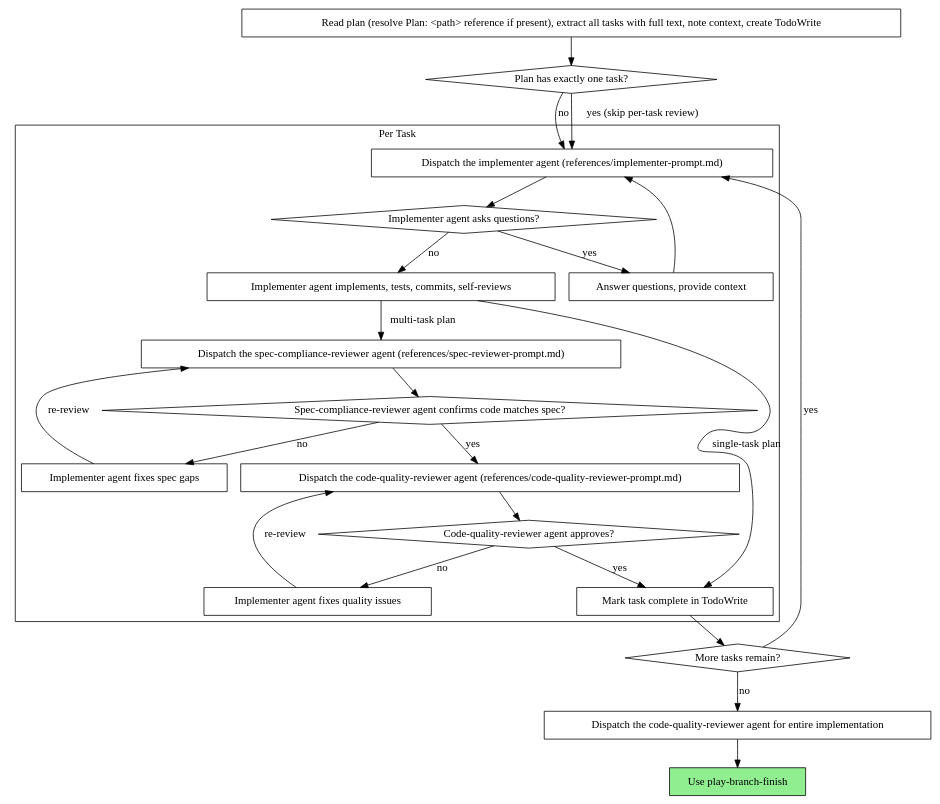
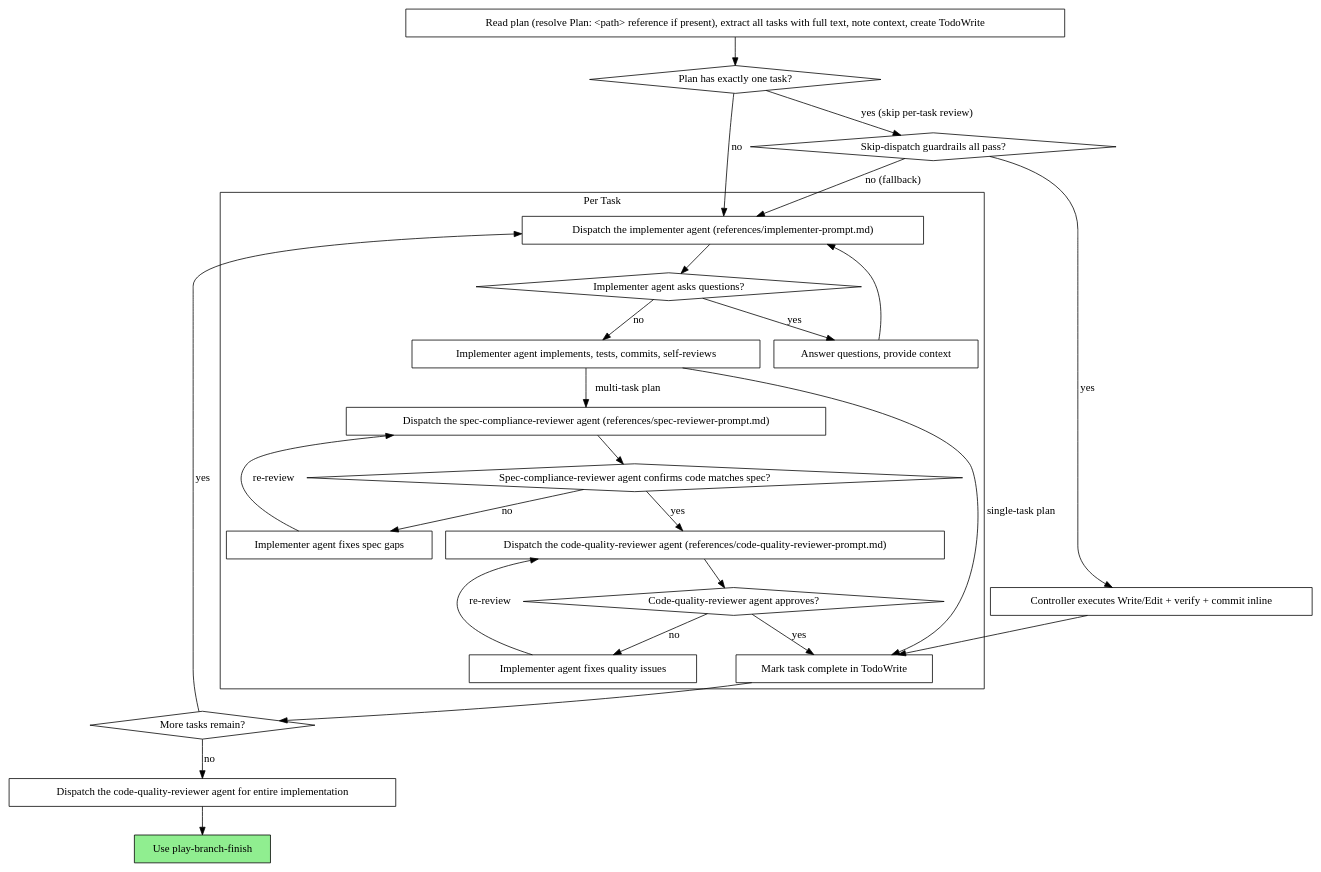
The second of 2 diagrams in skills/play-subagent-execution/SKILL.md (ryumiel/devcanon), drawn with Graphviz before and after one commit. The commit also changed other lines of this file, not shown here.

Commit message:
feat(skills): update play-subagent-execution process graph for skip-dispatch

````diff
--- a/skills/play-subagent-execution/SKILL.md
+++ b/skills/play-subagent-execution/SKILL.md
@@ -90,48 +90,53 @@
 ```dot
 digraph process {
     rankdir=TB;
 
     subgraph cluster_per_task {
         label="Per Task";
         "Dispatch the implementer agent (references/implementer-prompt.md)" [shape=box];
         "Implementer agent asks questions?" [shape=diamond];
         "Answer questions, provide context" [shape=box];
         "Implementer agent implements, tests, commits, self-reviews" [shape=box];
         "Dispatch the spec-compliance-reviewer agent (references/spec-reviewer-prompt.md)" [shape=box];
         "Spec-compliance-reviewer agent confirms code matches spec?" [shape=diamond];
         "Implementer agent fixes spec gaps" [shape=box];
         "Dispatch the code-quality-reviewer agent (references/code-quality-reviewer-prompt.md)" [shape=box];
         "Code-quality-reviewer agent approves?" [shape=diamond];
         "Implementer agent fixes quality issues" [shape=box];
         "Mark task complete in TodoWrite" [shape=box];
     }
 
     "Read plan (resolve Plan: <path> reference if present), extract all tasks with full text, note context, create TodoWrite" [shape=box];
     "Plan has exactly one task?" [shape=diamond];
     "More tasks remain?" [shape=diamond];
     "Dispatch the code-quality-reviewer agent for entire implementation" [shape=box];
     "Use play-branch-finish" [shape=box style=filled fillcolor=lightgreen];
 
     "Read plan (resolve Plan: <path> reference if present), extract all tasks with full text, note context, create TodoWrite" -> "Plan has exactly one task?";
     "Plan has exactly one task?" -> "Dispatch the implementer agent (references/implementer-prompt.md)" [label="no"];
-    "Plan has exactly one task?" -> "Dispatch the implementer agent (references/implementer-prompt.md)" [label="yes (skip per-task review)"];
+    "Plan has exactly one task?" -> "Skip-dispatch guardrails all pass?" [label="yes (skip per-task review)"];
+    "Skip-dispatch guardrails all pass?" [shape=diamond];
+    "Skip-dispatch guardrails all pass?" -> "Controller executes Write/Edit + verify + commit inline" [label="yes"];
+    "Skip-dispatch guardrails all pass?" -> "Dispatch the implementer agent (references/implementer-prompt.md)" [label="no (fallback)"];
+    "Controller executes Write/Edit + verify + commit inline" [shape=box];
+    "Controller executes Write/Edit + verify + commit inline" -> "Mark task complete in TodoWrite";
     "Dispatch the implementer agent (references/implementer-prompt.md)" -> "Implementer agent asks questions?";
     "Implementer agent asks questions?" -> "Answer questions, provide context" [label="yes"];
     "Answer questions, provide context" -> "Dispatch the implementer agent (references/implementer-prompt.md)";
     "Implementer agent asks questions?" -> "Implementer agent implements, tests, commits, self-reviews" [label="no"];
     "Implementer agent implements, tests, commits, self-reviews" -> "Mark task complete in TodoWrite" [label="single-task plan"];
     "Implementer agent implements, tests, commits, self-reviews" -> "Dispatch the spec-compliance-reviewer agent (references/spec-reviewer-prompt.md)" [label="multi-task plan"];
     "Dispatch the spec-compliance-reviewer agent (references/spec-reviewer-prompt.md)" -> "Spec-compliance-reviewer agent confirms code matches spec?";
     "Spec-compliance-reviewer agent confirms code matches spec?" -> "Implementer agent fixes spec gaps" [label="no"];
     "Implementer agent fixes spec gaps" -> "Dispatch the spec-compliance-reviewer agent (references/spec-reviewer-prompt.md)" [label="re-review"];
     "Spec-compliance-reviewer agent confirms code matches spec?" -> "Dispatch the code-quality-reviewer agent (references/code-quality-reviewer-prompt.md)" [label="yes"];
     "Dispatch the code-quality-reviewer agent (references/code-quality-reviewer-prompt.md)" -> "Code-quality-reviewer agent approves?";
     "Code-quality-reviewer agent approves?" -> "Implementer agent fixes quality issues" [label="no"];
     "Implementer agent fixes quality issues" -> "Dispatch the code-quality-reviewer agent (references/code-quality-reviewer-prompt.md)" [label="re-review"];
     "Code-quality-reviewer agent approves?" -> "Mark task complete in TodoWrite" [label="yes"];
     "Mark task complete in TodoWrite" -> "More tasks remain?";
     "More tasks remain?" -> "Dispatch the implementer agent (references/implementer-prompt.md)" [label="yes"];
     "More tasks remain?" -> "Dispatch the code-quality-reviewer agent for entire implementation" [label="no"];
     "Dispatch the code-quality-reviewer agent for entire implementation" -> "Use play-branch-finish";
 }
 ```
````
